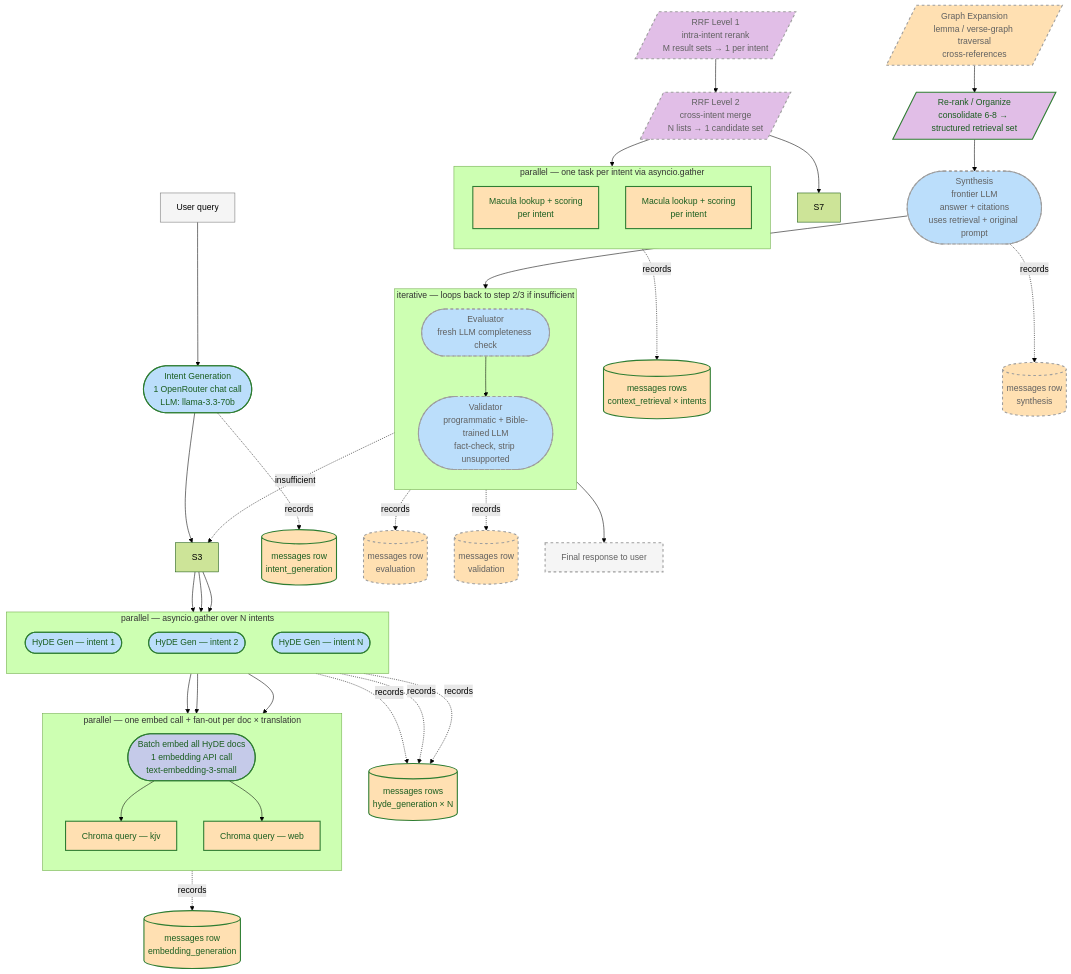
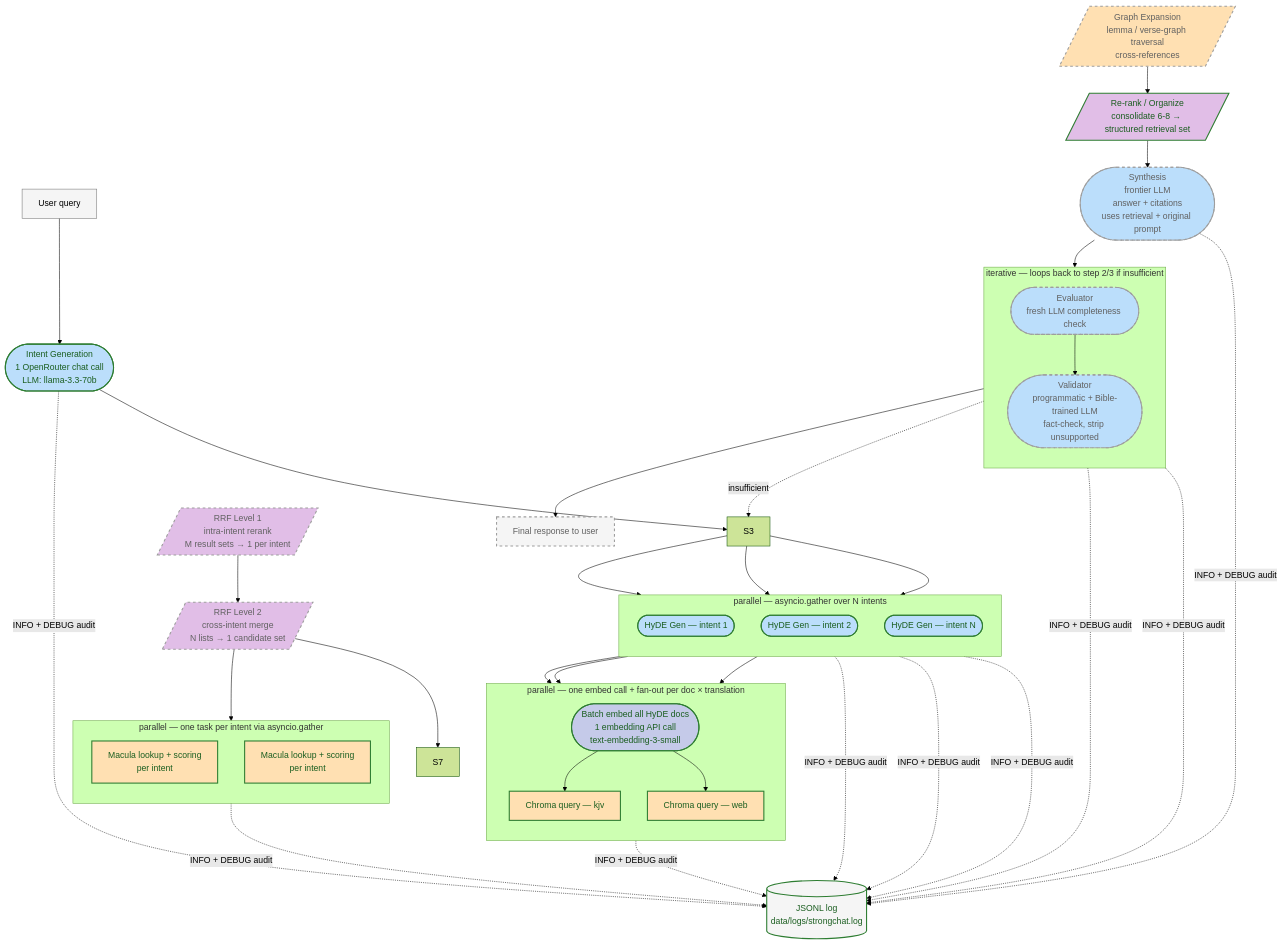
Before and after one commit to joshuamoody2018/strongchat: the first of 2 diagrams in docs/architecture-diagram.md, drawn with Mermaid (forest theme). The commit also changed other lines of this file and 65 other files, not shown here.

````diff
--- a/docs/architecture-diagram.md
+++ b/docs/architecture-diagram.md
@@ -36,69 +42,69 @@
 ```mermaid
 flowchart TD
     classDef impl_llm fill:#bbdefb,stroke:#2e7d32,stroke-width:2px,color:#1b5e20
     classDef impl_embed fill:#c5cae9,stroke:#2e7d32,stroke-width:2px,color:#1b5e20
     classDef impl_db fill:#ffe0b2,stroke:#2e7d32,stroke-width:2px,color:#1b5e20
     classDef impl_compute fill:#e1bee7,stroke:#2e7d32,stroke-width:2px,color:#1b5e20
     classDef impl_data fill:#f5f5f5,stroke:#2e7d32,stroke-width:2px,color:#1b5e20
     classDef planned_llm fill:#bbdefb,stroke:#9e9e9e,stroke-width:2px,stroke-dasharray:5 5,color:#616161
     classDef planned_db fill:#ffe0b2,stroke:#9e9e9e,stroke-width:2px,stroke-dasharray:5 5,color:#616161
     classDef planned_compute fill:#e1bee7,stroke:#9e9e9e,stroke-width:2px,stroke-dasharray:5 5,color:#616161
     classDef planned_data fill:#f5f5f5,stroke:#9e9e9e,stroke-width:2px,stroke-dasharray:5 5,color:#616161
     classDef data fill:#f5f5f5,stroke:#757575
 
     U[User query]:::data --> S2
 
     S2(["Intent Generation<br/>1 OpenRouter chat call<br/>LLM: llama-3.3-70b"]):::impl_llm --> S3
-    S2 -. records .-> M1[("messages row<br/>intent_generation")]:::impl_db
+    S2 -. INFO + DEBUG audit .-> LOG[("JSONL log<br/>data/logs/strongchat.log")]:::impl_data
 
     subgraph PAR_HYDE ["parallel — asyncio.gather over N intents"]
         direction TB
         S3a(["HyDE Gen — intent 1"]):::impl_llm
         S3b(["HyDE Gen — intent 2"]):::impl_llm
         S3c(["HyDE Gen — intent N"]):::impl_llm
     end
     S3 --> S3a
     S3 --> S3b
     S3 --> S3c
-    S3a & S3b & S3c -. records .-> M2[("messages rows<br/>hyde_generation × N")]:::impl_db
+    S3a & S3b & S3c -. INFO + DEBUG audit .-> LOG
 
     subgraph PAR_RET ["parallel — one embed call + fan-out per doc × translation"]
         direction TB
         S4e(["Batch embed all HyDE docs<br/>1 embedding API call<br/>text-embedding-3-small"]):::impl_embed
         S4q1["Chroma query — kjv"]:::impl_db
         S4q2["Chroma query — web"]:::impl_db
         S4e --> S4q1
         S4e --> S4q2
     end
     S3a & S3b & S3c --> PAR_RET
-    PAR_RET -. records .-> M3[("messages row<br/>embedding_generation")]:::impl_db
+    PAR_RET -. INFO + DEBUG audit .-> LOG
 
     S5[/"RRF Level 1<br/>intra-intent rerank<br/>M result sets → 1 per intent"/]:::planned_compute --> S6
     S6[/"RRF Level 2<br/>cross-intent merge<br/>N lists → 1 candidate set"/]:::planned_compute --> S7
 
     subgraph PAR_CTX ["parallel — one task per intent via asyncio.gather"]
         direction TB
         S7x["Macula lookup + scoring<br/>per intent"]:::impl_db
         S7y["Macula lookup + scoring<br/>per intent"]:::impl_db
     end
     S6 --> PAR_CTX
-    PAR_CTX -. records .-> M4[("messages rows<br/>context_retrieval × intents")]:::impl_db
+    PAR_CTX -. INFO + DEBUG audit .-> LOG
 
     S8[/"Graph Expansion<br/>lemma / verse-graph traversal<br/>cross-references"/]:::planned_db --> S9
     S9[/"Re-rank / Organize<br/>consolidate 6-8 → structured retrieval set"/]:::impl_compute --> S10
 
     S10(["Synthesis<br/>frontier LLM<br/>answer + citations<br/>uses retrieval + original prompt"]):::planned_llm --> S11
-    S10 -. records .-> M5[("messages row<br/>synthesis")]:::planned_db
+    S10 -. INFO + DEBUG audit .-> LOG
 
     subgraph EVAL_LOOP ["iterative — loops back to step 2/3 if insufficient"]
         direction TB
         S11(["Evaluator<br/>fresh LLM completeness check"]):::planned_llm --> S12
         S12(["Validator<br/>programmatic + Bible-trained LLM<br/>fact-check, strip unsupported"]):::planned_llm
     end
-    S11 -. records .-> M6[("messages row<br/>evaluation")]:::planned_db
-    S12 -. records .-> M7[("messages row<br/>validation")]:::planned_db
+    S11 -. INFO + DEBUG audit .-> LOG
+    S12 -. INFO + DEBUG audit .-> LOG
     S11 -. insufficient .-> S3
     S12 --> S13
 
     S13["Final response to user"]:::planned_data
 ```
````
